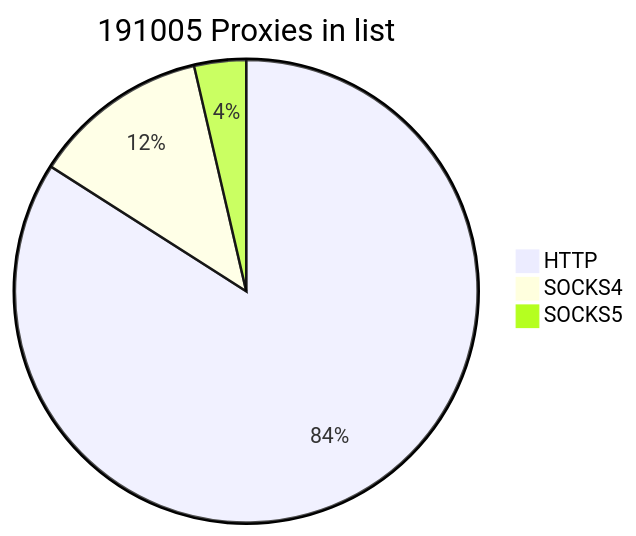
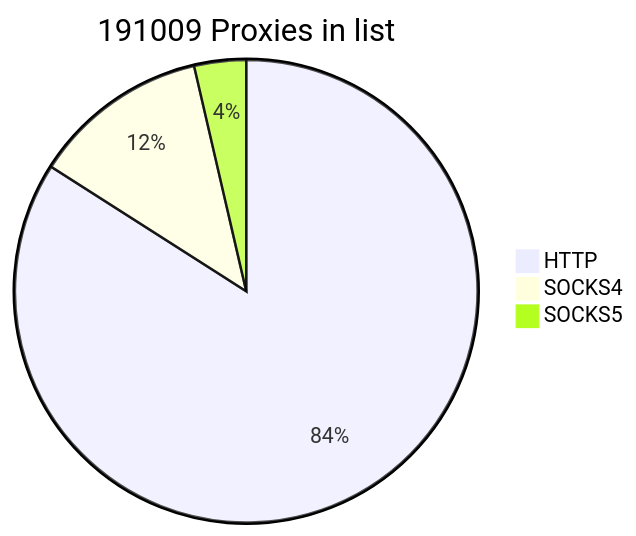
One commit to cutipu/proxylist changed the first of 2 diagrams in README.md. Above: the diagram before and after it, drawn with Mermaid. The commit also changed other lines of this file, not shown here.

````diff
--- a/README.md
+++ b/README.md
@@ -2,7 +2,7 @@
 ```mermaid
-pie title 191005 Proxies in list
+pie title 191009 Proxies in list
     "HTTP" : 160522
-    "SOCKS4" : 23563
+    "SOCKS4" : 23567
     "SOCKS5" : 6920
             
 ```
````
